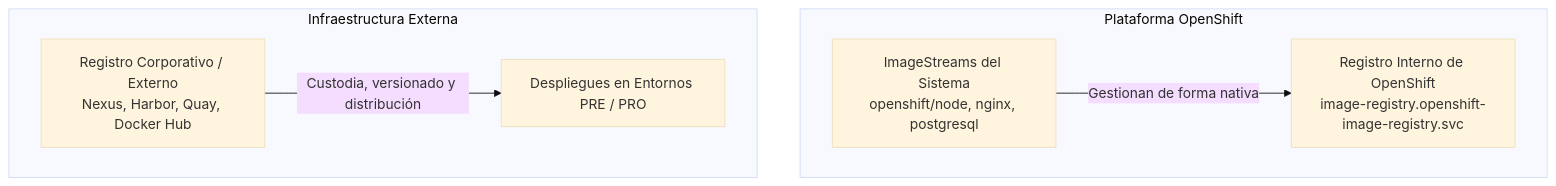
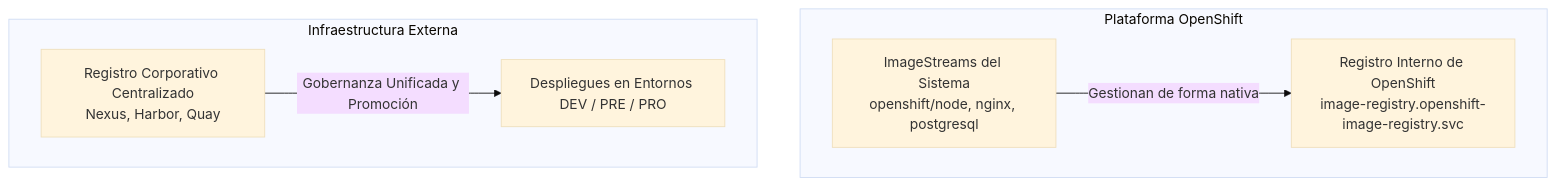
The first of 7 diagrams in docs/sesion4/4.4 Registro, gestión y seguridad de imágenes.md (ieftraining/curso-openshift), drawn with Mermaid (base theme) before and after one commit. The commit also changed other lines of this file, not shown here.

````diff
--- a/docs/sesion4/4.4 Registro, gestión y seguridad de imágenes.md
+++ b/docs/sesion4/4.4 Registro, gestión y seguridad de imágenes.md
@@ -19,10 +19,10 @@
 ```mermaid
 flowchart TD
     subgraph Plataforma OpenShift
         A[ImageStreams del Sistema<br>openshift/node, nginx, postgresql] -->|Gestionan de forma nativa| B[Registro Interno de OpenShift<br>image-registry.openshift-image-registry.svc]
     end
 
     subgraph Infraestructura Externa
-        C[Registro Corporativo / Externo<br>Nexus, Harbor, Quay, Docker Hub] -->|Custodia, versionado y distribución| D[Despliegues en Entornos PRE / PRO]
+        C[Registro Corporativo Centralizado<br>Nexus, Harbor, Quay] -->|Gobernanza Unificada y Promoción| D[Despliegues en Entornos DEV / PRE / PRO]
     end
 ```
````
